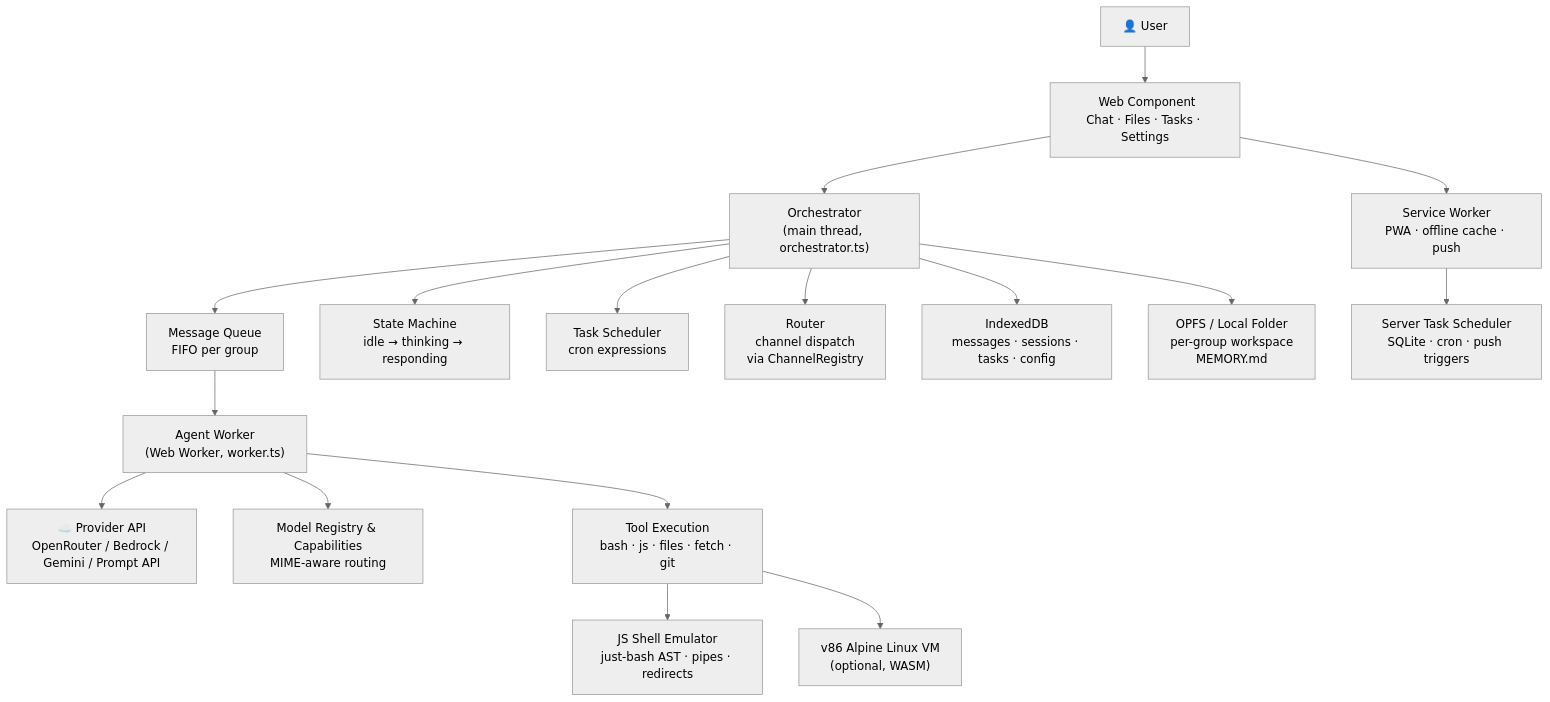
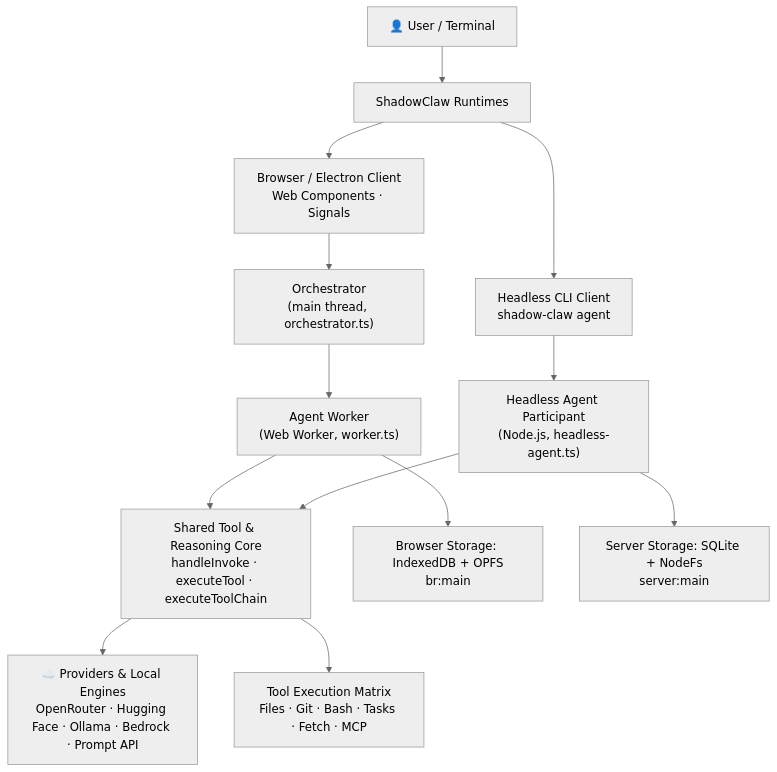
Before and after one commit to xt-ml/shadow-claw: the first of 3 diagrams in docs/architecture/overview.md, drawn with Mermaid (neutral theme). The commit also changed other lines of this file and 117 other files, not shown here.

First line of the commit message:
Add headless CLI agent participant

````diff
--- a/docs/architecture/overview.md
+++ b/docs/architecture/overview.md
@@ -31,19 +36,20 @@
 ```mermaid
 graph TD
-  User["👤 User"] --> UI["<shadow-claw> Web Component<br>Chat · Files · Tasks · Settings"]
+  User["👤 User / Terminal"] --> Runtimes["ShadowClaw Runtimes"]
+  Runtimes --> UI["Browser / Electron Client<br>Web Components · Signals"]
+  Runtimes --> CLI["Headless CLI Client<br>shadow-claw agent"]
+
   UI --> Orchestrator["Orchestrator<br>(main thread, orchestrator.ts)"]
-  Orchestrator --> MessageQueue["Message Queue<br>FIFO per group"]
-  Orchestrator --> StateFSM["State Machine<br>idle → thinking → responding"]
-  Orchestrator --> TaskScheduler["Task Scheduler<br>cron expressions"]
-  Orchestrator --> Router["Router<br>channel dispatch<br>via ChannelRegistry"]
-  MessageQueue --> Worker["Agent Worker<br>(Web Worker, worker.ts)"]
-  Worker --> Provider["☁️ Provider API<br>OpenRouter / Bedrock / Gemini / Prompt API"]
-  Worker --> Capabilities["Model Registry & Capabilities<br>MIME-aware routing"]
-  Worker --> ToolExec["Tool Execution<br>bash · js · files · fetch · git"]
-  ToolExec --> JSShell["JS Shell Emulator<br>just-bash AST · pipes · redirects"]
-  ToolExec --> WebVM["v86 Alpine Linux VM<br>(optional, WASM)"]
-  Orchestrator --> IndexedDB["IndexedDB<br>messages · sessions · tasks · config"]
-  Orchestrator --> OPFS["OPFS / Local Folder<br>per-group workspace<br>MEMORY.md"]
-  UI --> ServiceWorker["Service Worker<br>PWA · offline cache · push"]
-  ServiceWorker --> ServerScheduler["Server Task Scheduler<br>SQLite · cron · push triggers"]
+  Orchestrator --> Worker["Agent Worker<br>(Web Worker, worker.ts)"]
+
+  CLI --> HeadlessAgent["Headless Agent Participant<br>(Node.js, headless-agent.ts)"]
+
+  Worker --> CoreEngine["Shared Tool & Reasoning Core<br>handleInvoke · executeTool · executeToolChain"]
+  HeadlessAgent --> CoreEngine
+
+  CoreEngine --> Providers["☁️ Providers & Local Engines<br>OpenRouter · Hugging Face · Ollama · Bedrock · Prompt API"]
+  CoreEngine --> Tools["Tool Execution Matrix<br>Files · Git · Bash · Tasks · Fetch · MCP"]
+
+  Worker --> BrowserStorage["Browser Storage: IndexedDB + OPFS<br>br:main"]
+  HeadlessAgent --> ServerStorage["Server Storage: SQLite + NodeFs<br>server:main"]
 ```
````
